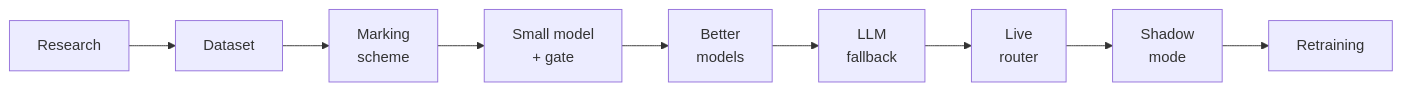
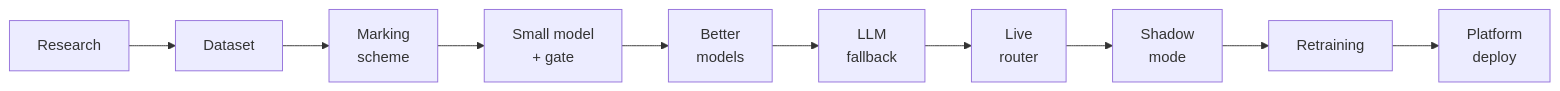
Before and after one commit to saramamatha19/AetherionPrism: the second of 8 diagrams in README.md, drawn with Mermaid. The commit also changed other lines of this file and 1 other file, not shown here.

Commit message:
README: platform section, Docker, new files; PLATFORM.md: how the platform setup works and why

````diff
--- a/README.md
+++ b/README.md
@@ -54,4 +54,4 @@
 ```mermaid
 flowchart LR
-    R["Research"] --> D["Dataset"] --> E["Marking<br/>scheme"] --> S["Small model<br/>+ gate"] --> B["Better<br/>models"] --> L["LLM<br/>fallback"] --> RT["Live<br/>router"] --> SH["Shadow<br/>mode"] --> RE["Retraining"]
+    R["Research"] --> D["Dataset"] --> E["Marking<br/>scheme"] --> S["Small model<br/>+ gate"] --> B["Better<br/>models"] --> L["LLM<br/>fallback"] --> RT["Live<br/>router"] --> SH["Shadow<br/>mode"] --> RE["Retraining"] --> PL["Platform<br/>deploy"]
 ```
````
